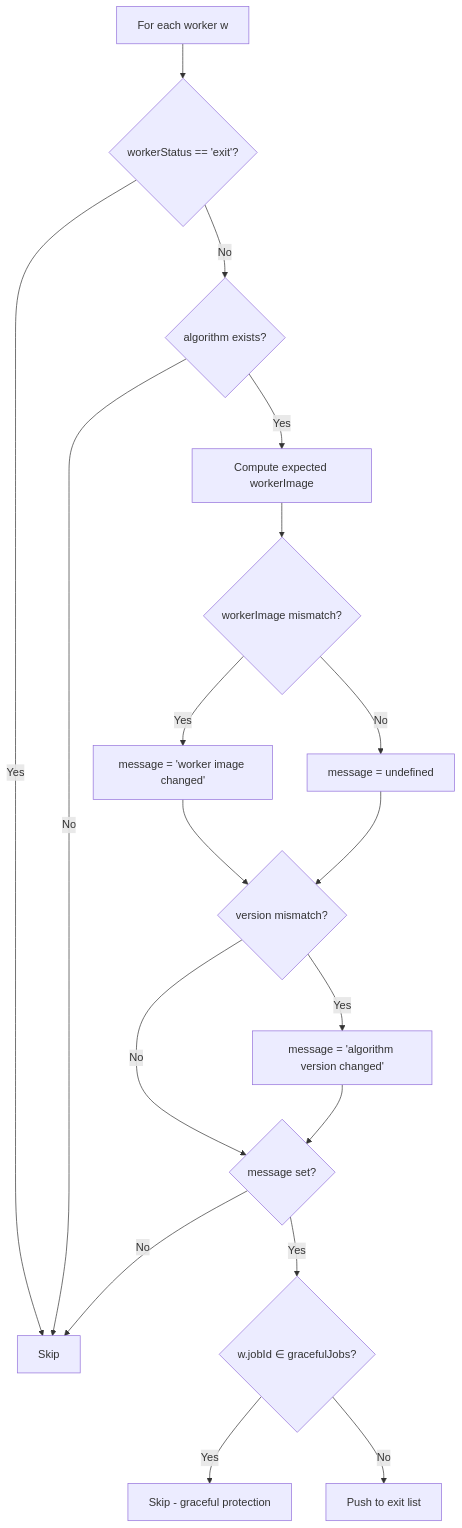
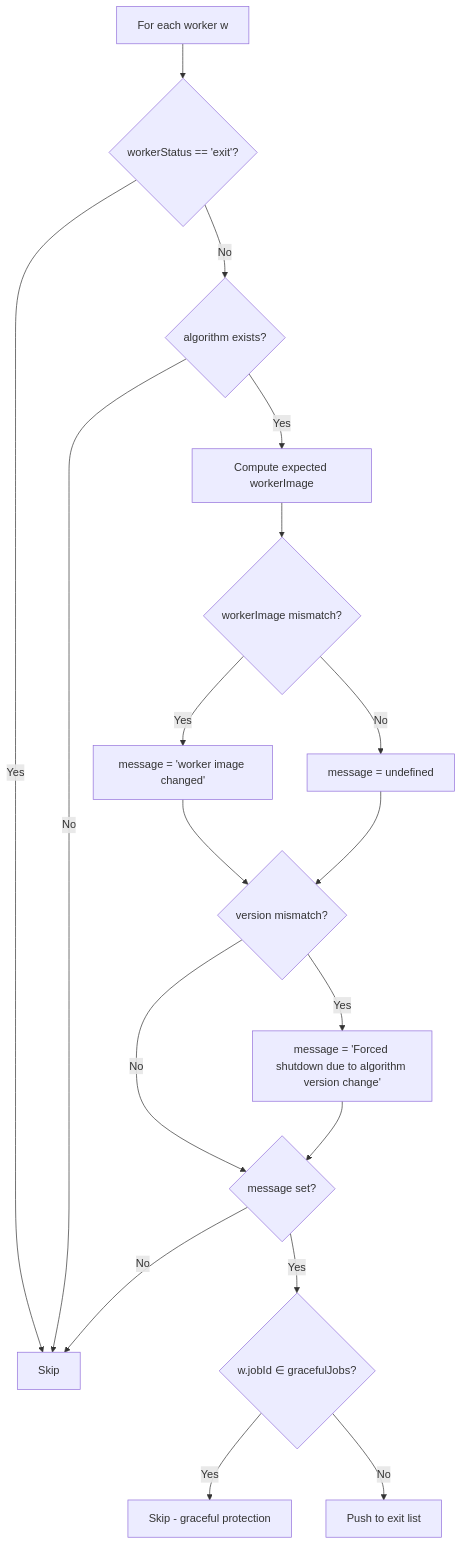
One commit to kube-HPC/hkube changed the second of 2 diagrams in .specs/task-executor/graceful-version-switch.md. Above: the diagram before and after it, drawn with Mermaid. The commit also changed other lines of this file and 5 other files, not shown here.

Commit message:
Update messages for algorithm version changes to indicate forced shutdown

````diff
--- a/.specs/task-executor/graceful-version-switch.md
+++ b/.specs/task-executor/graceful-version-switch.md
@@ -81,20 +81,20 @@
 ```mermaid
 flowchart TD
     A[For each worker w] --> B{workerStatus == 'exit'?}
     B -->|Yes| SKIP[Skip]
     B -->|No| C{algorithm exists?}
     C -->|No| SKIP
     C -->|Yes| D[Compute expected workerImage]
     D --> E{workerImage mismatch?}
     E -->|Yes| F[message = 'worker image changed']
     E -->|No| F2[message = undefined]
     F --> G{version mismatch?}
     F2 --> G
-    G -->|Yes| H[message = 'algorithm version changed']
+    G -->|Yes| H[message = 'Forced shutdown due to algorithm version change']
     G -->|No| I{message set?}
     H --> I
     I -->|No| SKIP
     I -->|Yes| J{w.jobId ∈ gracefulJobs?}
     J -->|Yes| SKIP_GRACEFUL[Skip - graceful protection]
     J -->|No| EXIT[Push to exit list]
 ```
````
